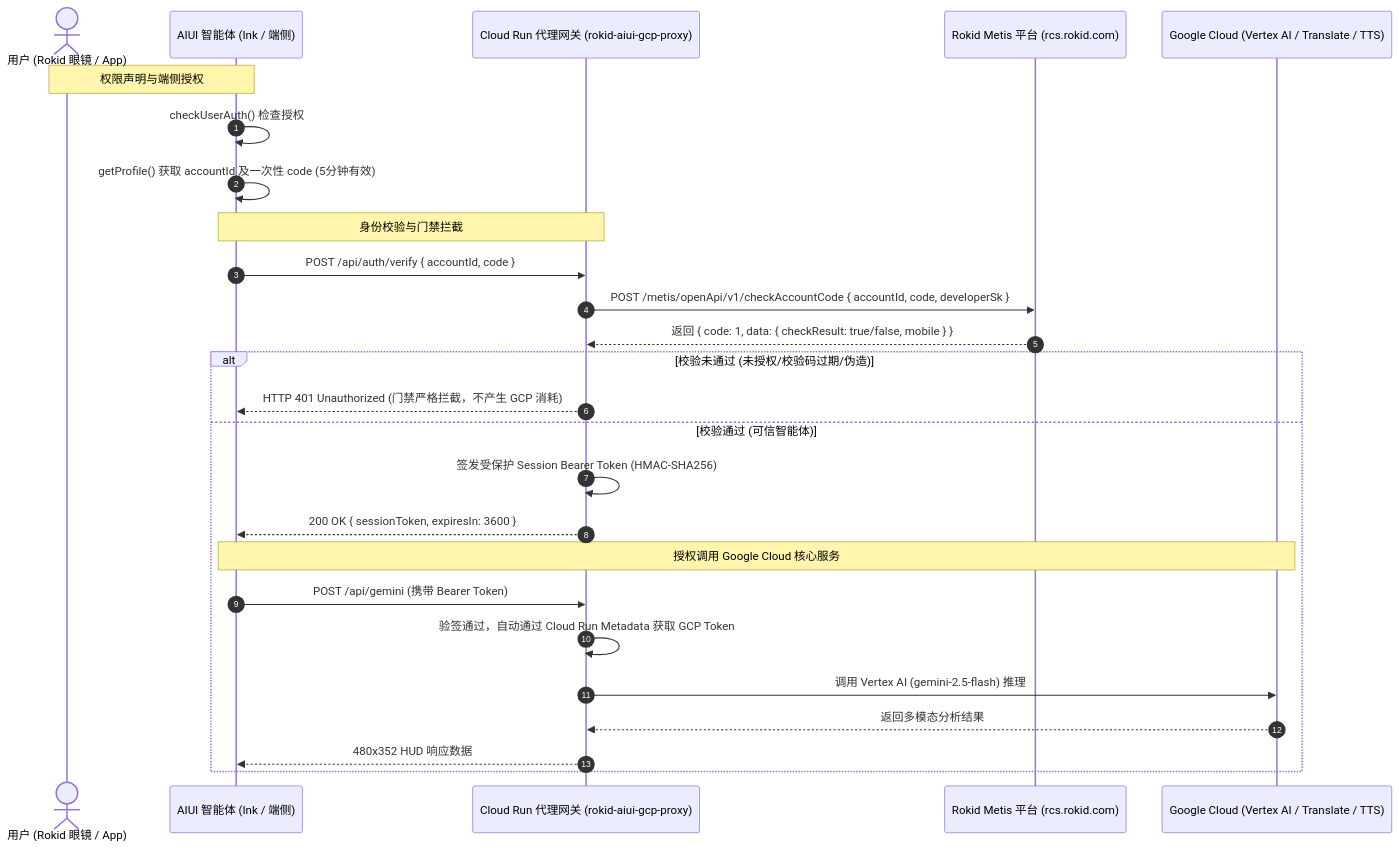
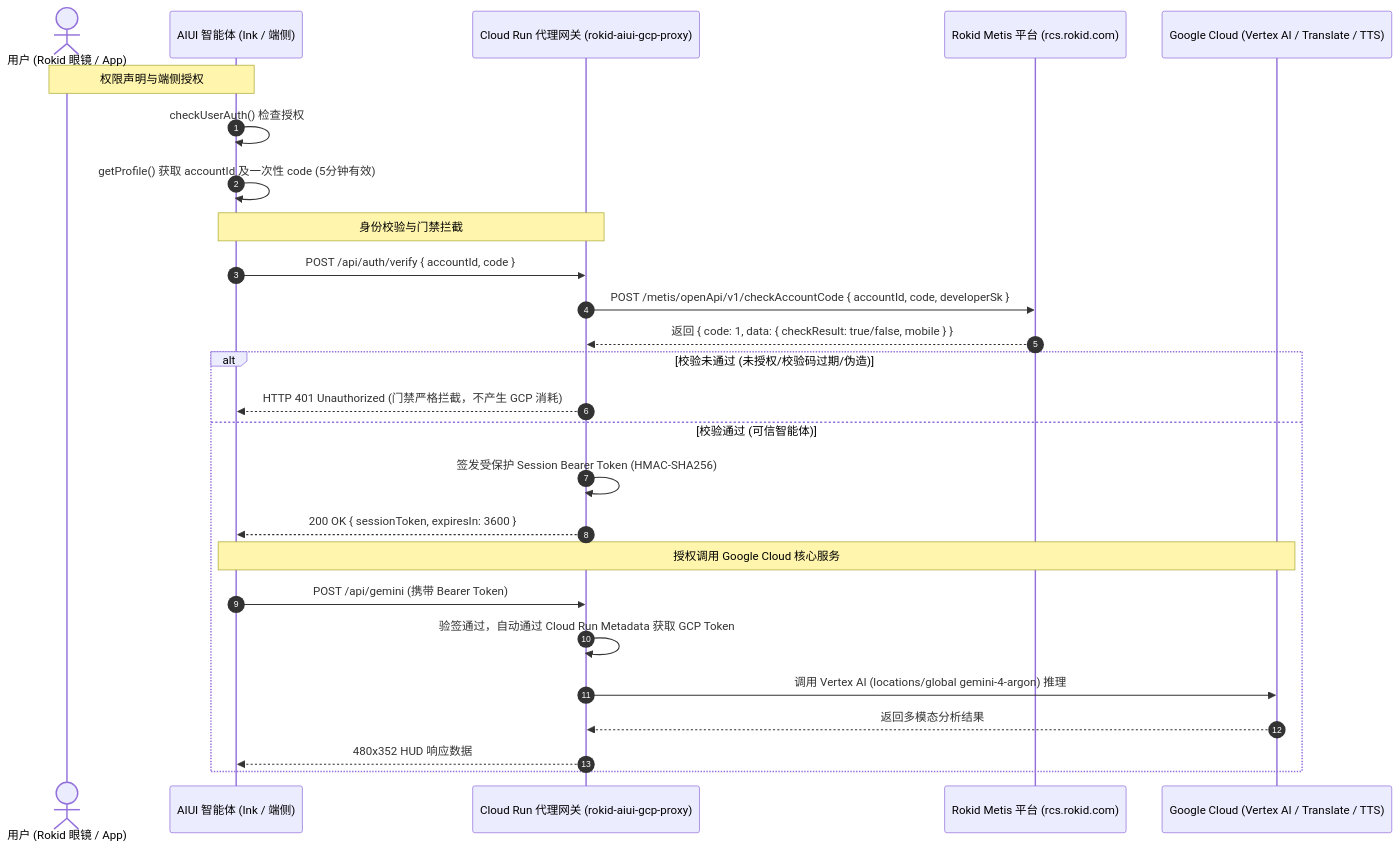
The diagram in README.md (goriri/rokid-aiui-demos), drawn with Mermaid before and after one commit. The commit also changed other lines of this file and 37 other files, not shown here.

````diff
--- a/README.md
+++ b/README.md
@@ -100,32 +115,32 @@
 ```mermaid
 sequenceDiagram
     autonumber
     actor User as 用户 (Rokid 眼镜 / App)
     participant Agent as AIUI 智能体 (Ink / 端侧)
     participant Proxy as Cloud Run 代理网关 (rokid-aiui-gcp-proxy)
     participant Metis as Rokid Metis 平台 (rcs.rokid.com)
     participant GCP as Google Cloud (Vertex AI / Translate / TTS)
 
     Note over User,Agent: 权限声明与端侧授权
     Agent->>Agent: checkUserAuth() 检查授权
     Agent->>Agent: getProfile() 获取 accountId 及一次性 code (5分钟有效)
 
     Note over Agent,Proxy: 身份校验与门禁拦截
     Agent->>Proxy: POST /api/auth/verify { accountId, code }
     Proxy->>Metis: POST /metis/openApi/v1/checkAccountCode { accountId, code, developerSk }
     Metis-->>Proxy: 返回 { code: 1, data: { checkResult: true/false, mobile } }
 
     alt 校验未通过 (未授权/校验码过期/伪造)
         Proxy-->>Agent: HTTP 401 Unauthorized (门禁严格拦截，不产生 GCP 消耗)
     else 校验通过 (可信智能体)
         Proxy->>Proxy: 签发受保护 Session Bearer Token (HMAC-SHA256)
         Proxy-->>Agent: 200 OK { sessionToken, expiresIn: 3600 }
         
         Note over Agent,GCP: 授权调用 Google Cloud 核心服务
         Agent->>Proxy: POST /api/gemini (携带 Bearer Token)
         Proxy->>Proxy: 验签通过，自动通过 Cloud Run Metadata 获取 GCP Token
-        Proxy->>GCP: 调用 Vertex AI (gemini-2.5-flash) 推理
+        Proxy->>GCP: 调用 Vertex AI (locations/global gemini-4-argon) 推理
         GCP-->>Proxy: 返回多模态分析结果
         Proxy-->>Agent: 480x352 HUD 响应数据
     end
 ```
````
